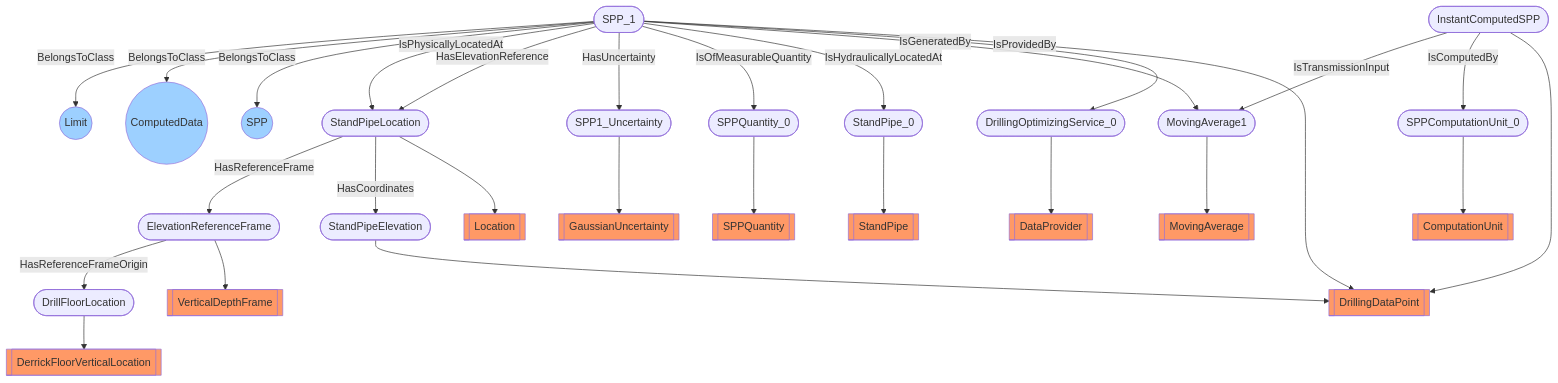
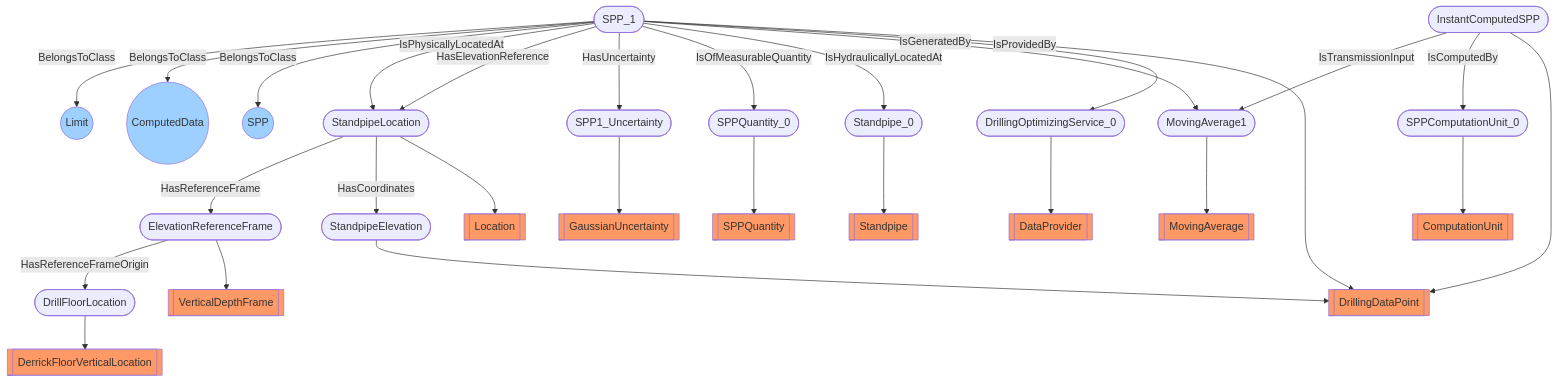
The diagram in docs/vocabulary_development/auto-generated/md/examples/DWIS-SPP1.md (D-WIS/DDHub-Semantic-Interoperability), drawn with Mermaid before and after one commit. The commit also changed other lines of this file and 27 other files, not shown here.

````diff
--- a/docs/vocabulary_development/auto-generated/md/examples/DWIS-SPP1.md
+++ b/docs/vocabulary_development/auto-generated/md/examples/DWIS-SPP1.md
@@ -29,32 +29,32 @@
 ```mermaid
 flowchart TD
 	 classDef typeClass fill:#f96;
 	 classDef classClass fill:#9dd0ff;
-	StandPipe_0([StandPipe_0]) --> StandPipe[[StandPipe]]:::typeClass
+	Standpipe_0([Standpipe_0]) --> Standpipe[[Standpipe]]:::typeClass
 	SPPQuantity_0([SPPQuantity_0]) --> SPPQuantity[[SPPQuantity]]:::typeClass
-	StandPipeLocation([StandPipeLocation]) --> Location[[Location]]:::typeClass
+	StandpipeLocation([StandpipeLocation]) --> Location[[Location]]:::typeClass
 	DrillFloorLocation([DrillFloorLocation]) --> DerrickFloorVerticalLocation[[DerrickFloorVerticalLocation]]:::typeClass
-	StandPipeElevation([StandPipeElevation]) --> DrillingDataPoint[[DrillingDataPoint]]:::typeClass
+	StandpipeElevation([StandpipeElevation]) --> DrillingDataPoint[[DrillingDataPoint]]:::typeClass
 	ElevationReferenceFrame([ElevationReferenceFrame]) --> VerticalDepthFrame[[VerticalDepthFrame]]:::typeClass
 	SPP_1([SPP_1]) --> DrillingDataPoint[[DrillingDataPoint]]:::typeClass
 	DrillingOptimizingService_0([DrillingOptimizingService_0]) --> DataProvider[[DataProvider]]:::typeClass
 	MovingAverage1([MovingAverage1]) --> MovingAverage[[MovingAverage]]:::typeClass
 	SPP1_Uncertainty([SPP1_Uncertainty]) --> GaussianUncertainty[[GaussianUncertainty]]:::typeClass
 	SPPComputationUnit_0([SPPComputationUnit_0]) --> ComputationUnit[[ComputationUnit]]:::typeClass
 	InstantComputedSPP([InstantComputedSPP]) --> DrillingDataPoint[[DrillingDataPoint]]:::typeClass
-	 StandPipeLocation -- HasCoordinates --> StandPipeElevation 
-	 StandPipeLocation -- HasReferenceFrame --> ElevationReferenceFrame 
+	 StandpipeLocation -- HasCoordinates --> StandpipeElevation 
+	 StandpipeLocation -- HasReferenceFrame --> ElevationReferenceFrame 
 	 ElevationReferenceFrame -- HasReferenceFrameOrigin --> DrillFloorLocation 
 	 SPP_1 -- IsProvidedBy --> DrillingOptimizingService_0 
 	 SPP_1 -- IsGeneratedBy --> MovingAverage1 
-	 SPP_1 -- IsHydraulicallyLocatedAt --> StandPipe_0 
+	 SPP_1 -- IsHydraulicallyLocatedAt --> Standpipe_0 
 	 SPP_1 -- IsOfMeasurableQuantity --> SPPQuantity_0 
 	 SPP_1 -- HasUncertainty --> SPP1_Uncertainty 
-	 SPP_1 -- HasElevationReference --> StandPipeLocation 
-	 SPP_1 -- IsPhysicallyLocatedAt --> StandPipeLocation 
+	 SPP_1 -- HasElevationReference --> StandpipeLocation 
+	 SPP_1 -- IsPhysicallyLocatedAt --> StandpipeLocation 
 	 InstantComputedSPP -- IsComputedBy --> SPPComputationUnit_0 
 	 InstantComputedSPP -- IsTransmissionInput --> MovingAverage1 
 	 SPP_1 -- BelongsToClass --> SPP((SPP)):::classClass
 	 SPP_1 -- BelongsToClass --> ComputedData((ComputedData)):::classClass
 	 SPP_1 -- BelongsToClass --> Limit((Limit)):::classClass
 ```
````
